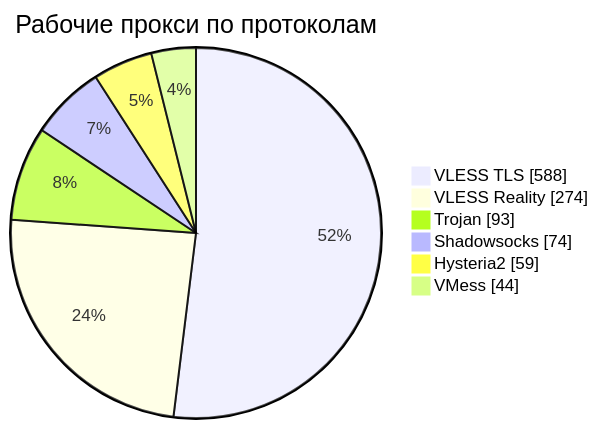
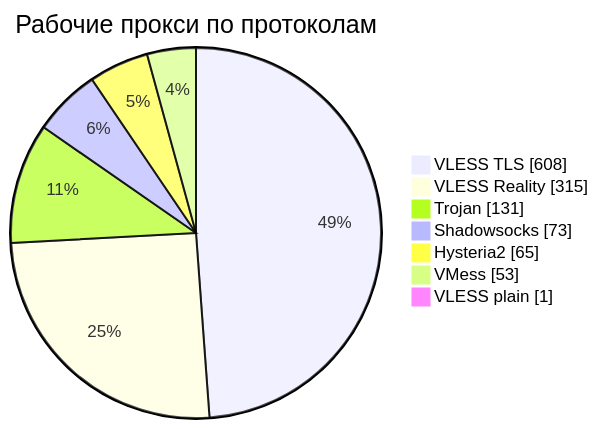
Before and after one commit to rvvg/proxy-subs: the third of 4 diagrams in README.md, drawn with Mermaid. The commit also changed other lines of this file and 49 other files, not shown here.

````diff
--- a/README.md
+++ b/README.md
@@ -130,10 +140,11 @@
 ```mermaid
 pie showData
     title Рабочие прокси по протоколам
-    "VLESS TLS" : 588
-    "VLESS Reality" : 274
-    "Trojan" : 93
-    "Shadowsocks" : 74
-    "Hysteria2" : 59
-    "VMess" : 44
+    "VLESS TLS" : 608
+    "VLESS Reality" : 315
+    "Trojan" : 131
+    "Shadowsocks" : 73
+    "Hysteria2" : 65
+    "VMess" : 53
+    "VLESS plain" : 1
 ```
````
